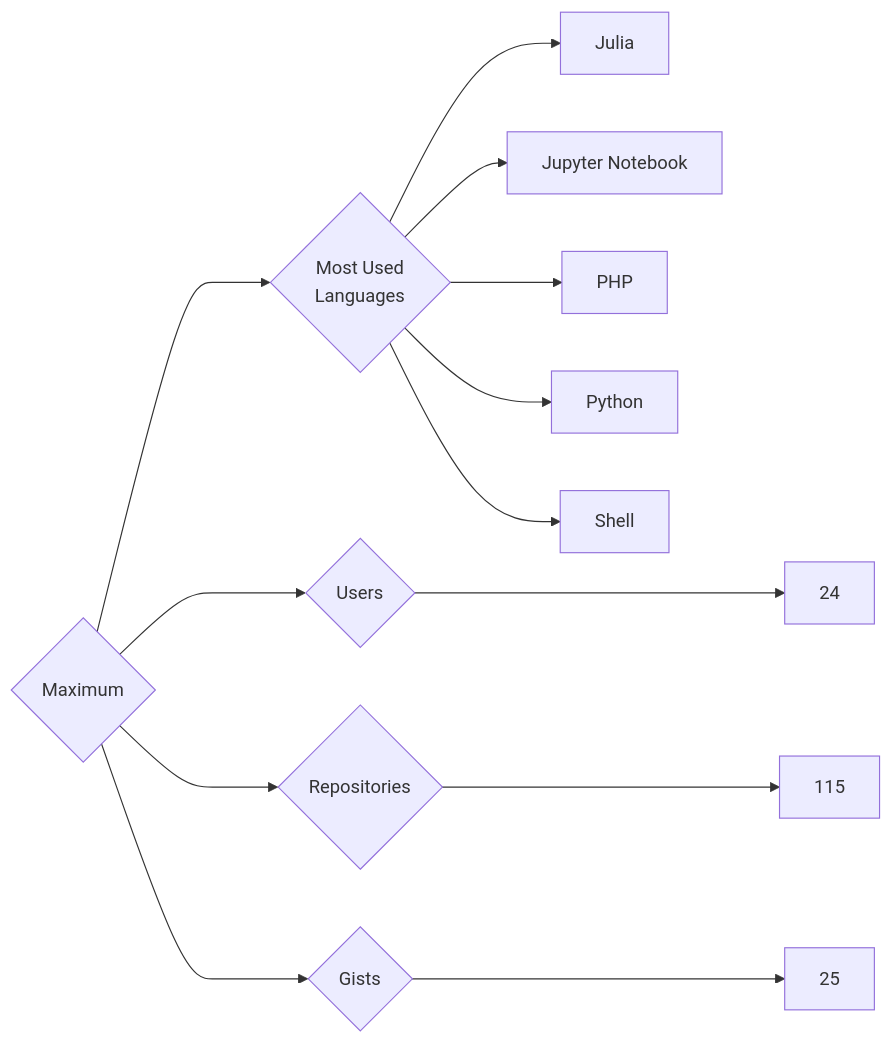
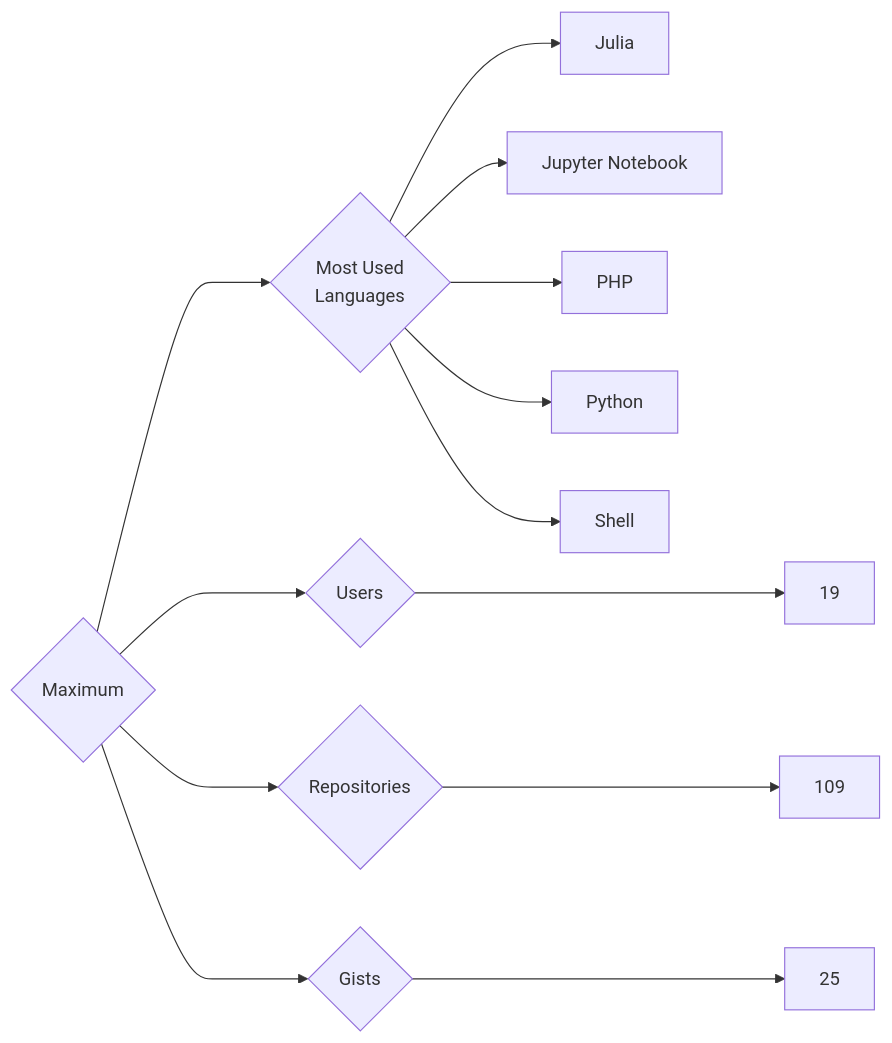
One commit to trickest/insiders changed the diagram in targets/Maximum/README.md. Above: the diagram before and after it, drawn with Mermaid. The commit also changed 964 other files, not shown here.

````diff
--- a/targets/Maximum/README.md
+++ b/targets/Maximum/README.md
@@ -3,13 +3,13 @@
 ```mermaid
 graph LR
 COMPANY_NAME{Maximum}
-COMPANY_NAME ---> U{Users} ---> UN[24]
-COMPANY_NAME ---> R{Repositories} ---> RN[115]
+COMPANY_NAME ---> U{Users} ---> UN[19]
+COMPANY_NAME ---> R{Repositories} ---> RN[109]
 COMPANY_NAME ---> G{Gists} ---> GN[25]
 COMPANY_NAME ---> ML{Most Used<br>Languages}
 ML --> Julia[Julia]
 ML --> Jupyter_Notebook[Jupyter Notebook]
 ML --> PHP[PHP]
 ML --> Python[Python]
 ML --> Shell[Shell]
 ```
````
